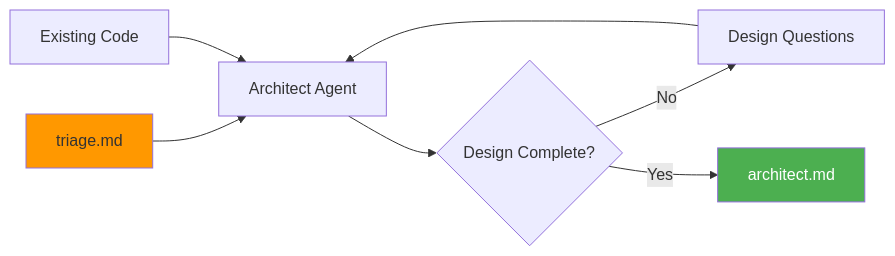
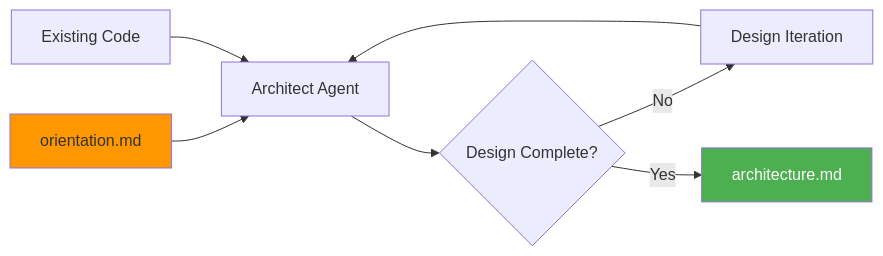
Before and after one commit to lavallee/cub: the diagram in docs-src/content/guide/prep-pipeline/architect.md, drawn with Mermaid. The commit also changed other lines of this file and 36 other files, not shown here.

First line of the commit message:
docs: Update docs for plan flow, rename investigate to triage

````diff
--- a/docs-src/content/guide/prep-pipeline/architect.md
+++ b/docs-src/content/guide/prep-pipeline/architect.md
@@ -14,12 +14,12 @@
 ```mermaid
 flowchart LR
-    A[triage.md] --> B[Architect Agent]
+    A[orientation.md] --> B[Architect Agent]
     C[Existing Code] --> B
     B --> D{Design Complete?}
-    D -->|No| E[Design Questions]
+    D -->|No| E[Design Iteration]
     E --> B
-    D -->|Yes| F[architect.md]
+    D -->|Yes| F[architecture.md]
 
     style A fill:#FF9800
     style F fill:#4CAF50,color:white
 ```
````
